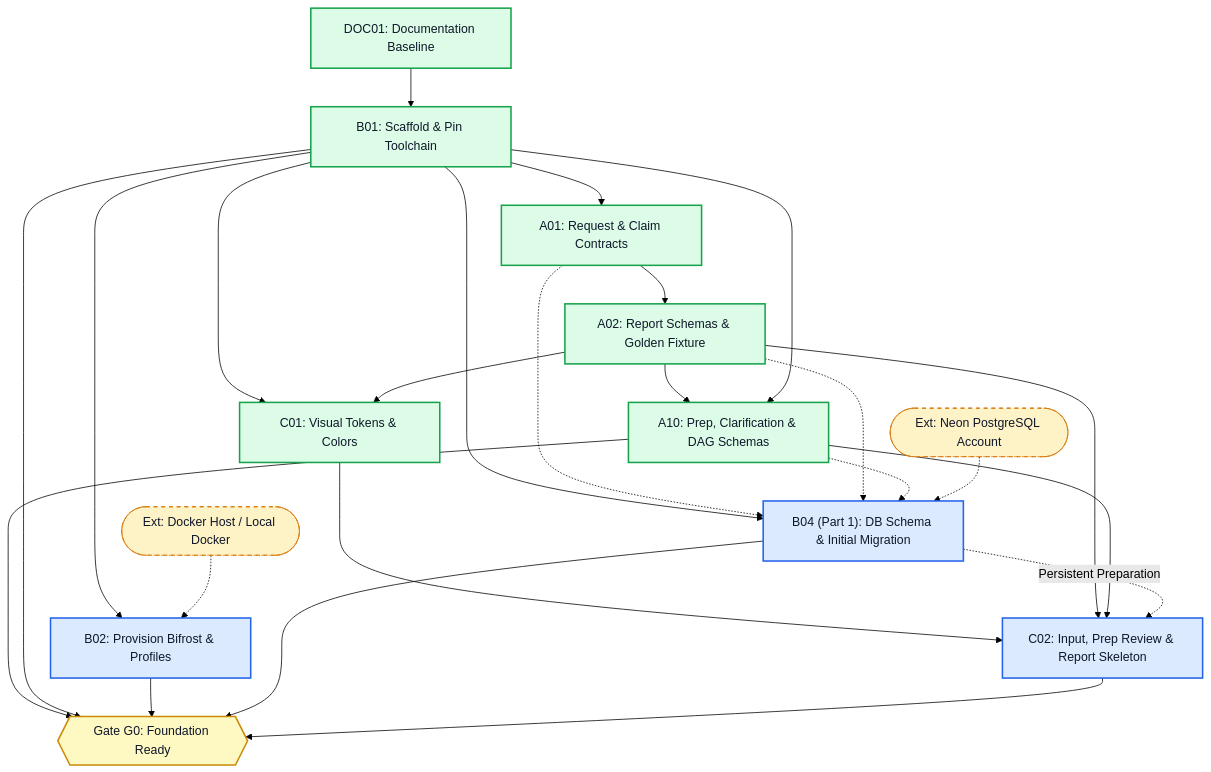
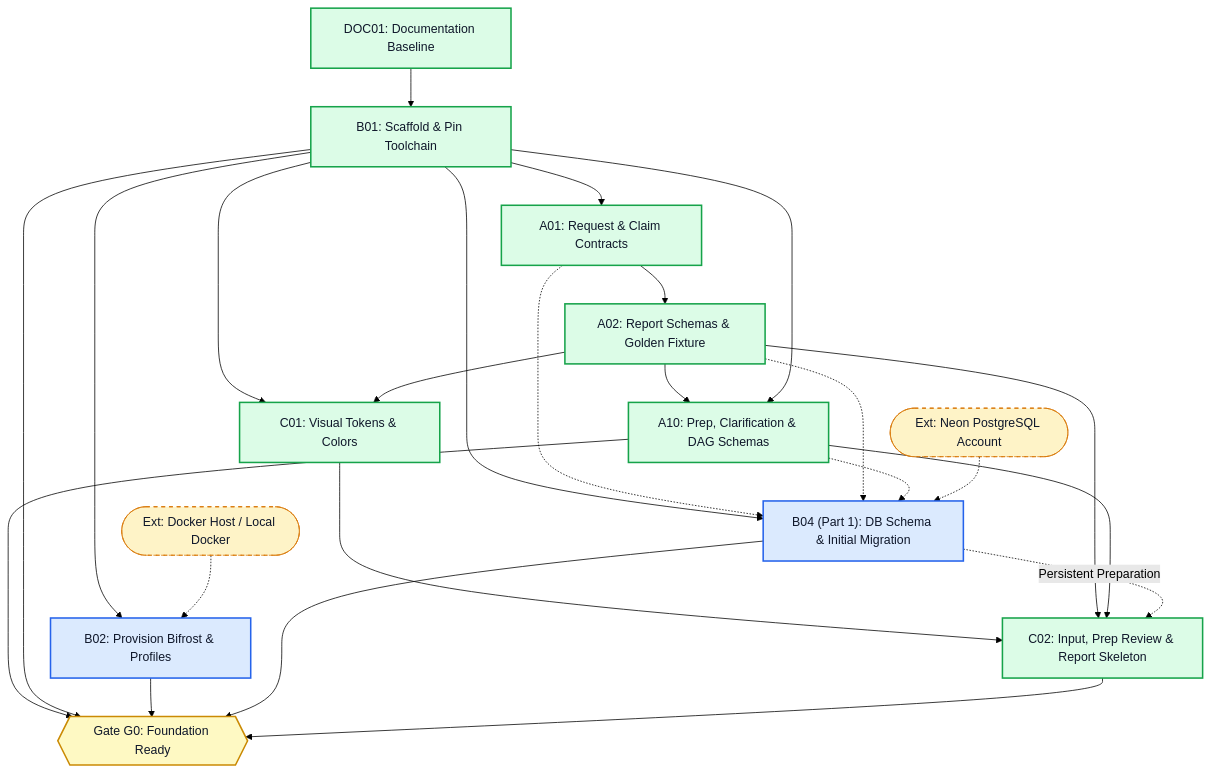
Before and after one commit to Driftaxe/Afterfact: the second of 6 diagrams in docs/PARALLEL-WORK-PLAN.md, drawn with Mermaid (forest theme). The commit also changed other lines of this file and 26 other files, not shown here.

````diff
--- a/docs/PARALLEL-WORK-PLAN.md
+++ b/docs/PARALLEL-WORK-PLAN.md
@@ -129,51 +129,51 @@
 ```mermaid
 flowchart TD
     classDef verified fill:#dcfce7,stroke:#16a34a,stroke-width:2px,color:#0f172a;
     classDef unblocked fill:#dbeafe,stroke:#2563eb,stroke-width:2px,color:#0f172a;
     classDef external fill:#fef3c7,stroke:#d97706,stroke-width:1px,stroke-dasharray: 5 5,color:#0f172a;
     classDef gate fill:#fef9c3,stroke:#ca8a04,stroke-width:2px,color:#0f172a;
 
     DOC01["DOC01: Documentation Baseline"]:::verified
     B01["B01: Scaffold & Pin Toolchain"]:::verified
     A01["A01: Request & Claim Contracts"]:::verified
     A02["A02: Report Schemas & Golden Fixture"]:::verified
     A10["A10: Prep, Clarification & DAG Schemas"]:::verified
 
     DockerHost(["Ext: Docker Host / Local Docker"]):::external
     B02["B02: Provision Bifrost & Profiles"]:::unblocked
 
     NeonAcct(["Ext: Neon PostgreSQL Account"]):::external
     B04a["B04 (Part 1): DB Schema & Initial Migration"]:::unblocked
 
     C01["C01: Visual Tokens & Colors"]:::verified
-    C02["C02: Input, Prep Review & Report Skeleton"]:::unblocked
+    C02["C02: Input, Prep Review & Report Skeleton"]:::verified
 
     GateG0{{"Gate G0: Foundation Ready"}}:::gate
 
     DOC01 --> B01
     B01 --> A01
     A01 --> A02
     A02 --> A10
     B01 --> A10
     B01 --> B02
     DockerHost -.-> B02
 
     B01 --> B04a
     A01 -.-> B04a
     A02 -.-> B04a
     A10 -.-> B04a
     NeonAcct -.-> B04a
 
     B01 --> C01
     A02 --> C01
     C01 --> C02
     A02 --> C02
     A10 --> C02
     B04a -.->|Persistent Preparation| C02
 
     A10 --> GateG0
     B01 --> GateG0
     B02 --> GateG0
     B04a --> GateG0
     C02 --> GateG0
 ```
````
